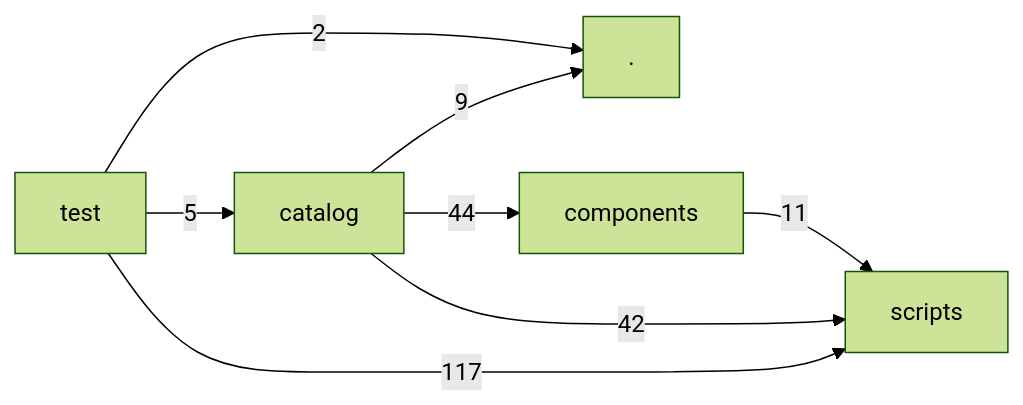
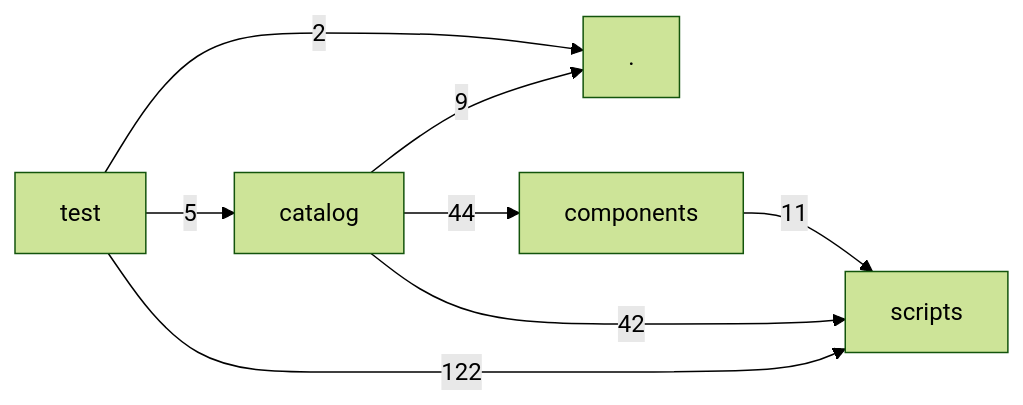
Before and after one commit to hackersandwizards/documents: the diagram in docs/architecture/layers.md, drawn with Mermaid (forest theme). The commit also changed 37 other files, not shown here.

````diff
--- a/docs/architecture/layers.md
+++ b/docs/architecture/layers.md
@@ -3,15 +3,15 @@
 ```mermaid
 graph LR
   L0["."]
   L1["catalog"]
   L2["components"]
   L3["scripts"]
   L4["test"]
   L1 -->|9| L0
   L1 -->|44| L2
   L1 -->|42| L3
   L2 -->|11| L3
   L4 -->|2| L0
   L4 -->|5| L1
-  L4 -->|117| L3
+  L4 -->|122| L3
 ```
````
